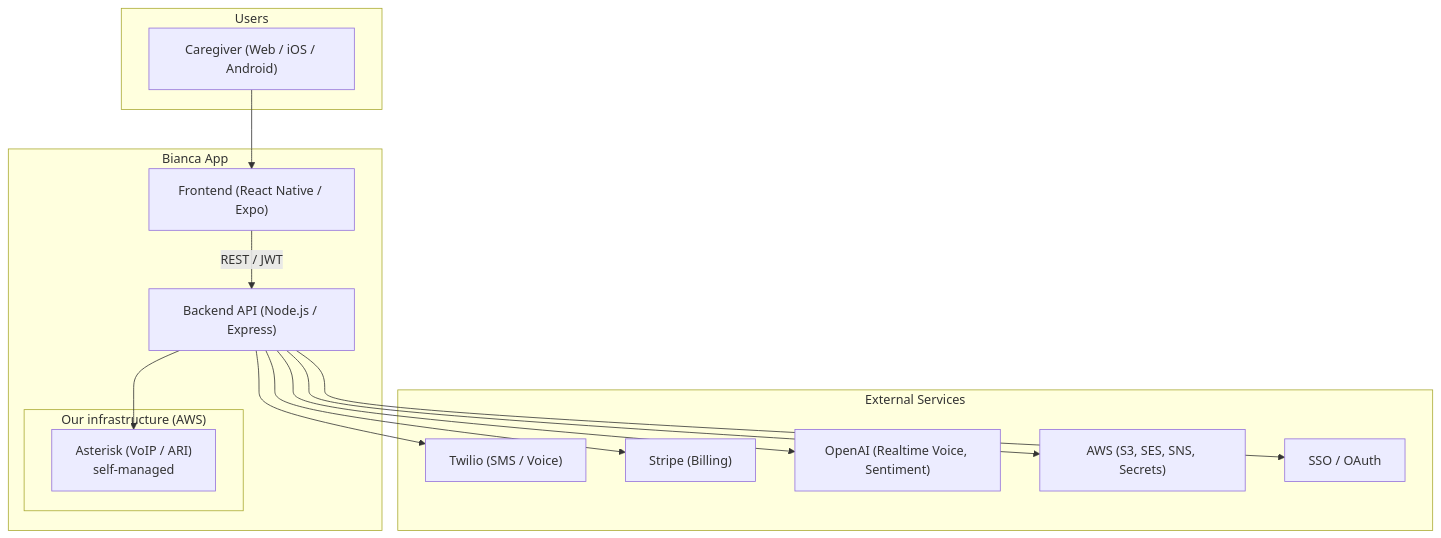
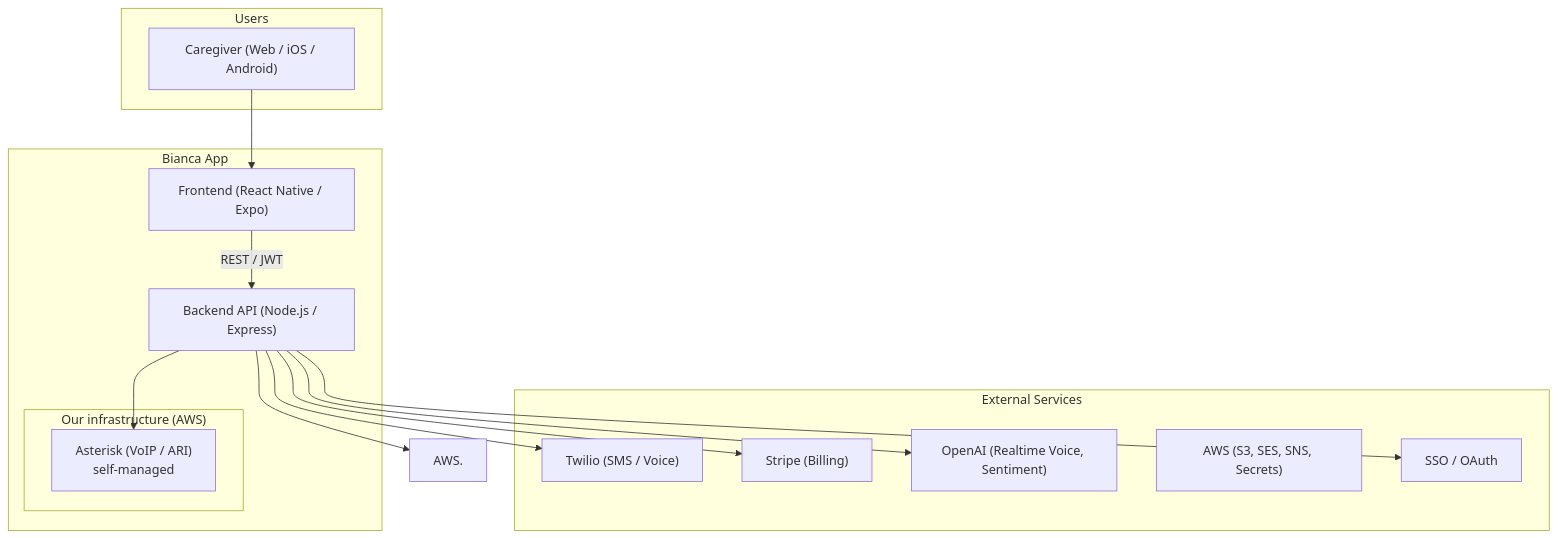
Before and after one commit to slampenny/bianca-app: the diagram in docs/flowchart TB.mmd, drawn with Mermaid. The commit also changed 578 other files, not shown here.

```diff
--- a/docs/flowchart TB.mmd
+++ b/docs/flowchart TB.mmd
@@ -1,29 +1,29 @@
 flowchart TB
   subgraph users["Users"]
     Caregiver["Caregiver (Web / iOS / Android)"]
   end
 
   subgraph bianca["Bianca App"]
     Frontend["Frontend (React Native / Expo)"]
     Backend["Backend API (Node.js / Express)"]
     subgraph our_infra["Our infrastructure (AWS)"]
       Asterisk["Asterisk (VoIP / ARI)\nself-managed"]
     end
   end
 
   subgraph external["External Services"]
     Twilio["Twilio (SMS / Voice)"]
     Stripe["Stripe (Billing)"]
     OpenAI["OpenAI (Realtime Voice, Sentiment)"]
     AWS["AWS (S3, SES, SNS, Secrets)"]
     SSO["SSO / OAuth"]
   end
 
   Caregiver --> Frontend
   Frontend -->|REST / JWT| Backend
   Backend --> Asterisk
   Backend --> Twilio
   Backend --> Stripe
   Backend --> OpenAI
-  Backend --> AWS
+  Backend --> AWS.
   Backend --> SSO
```
